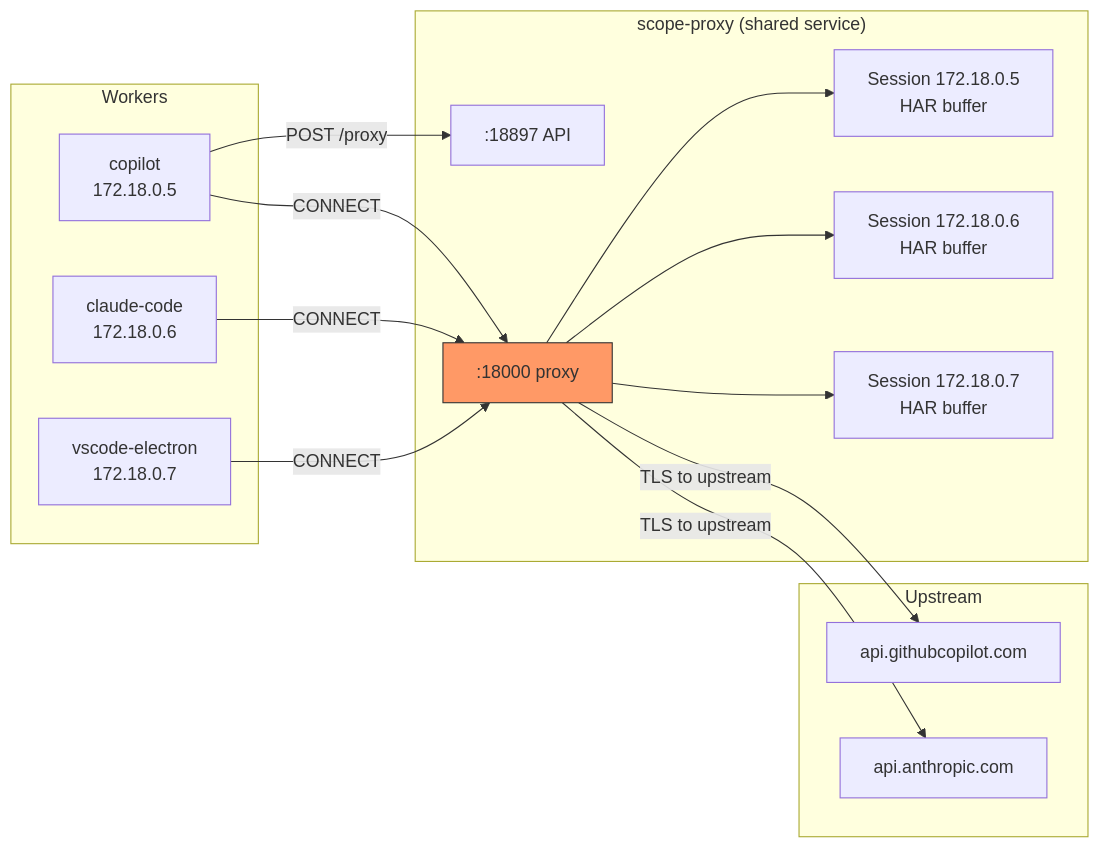
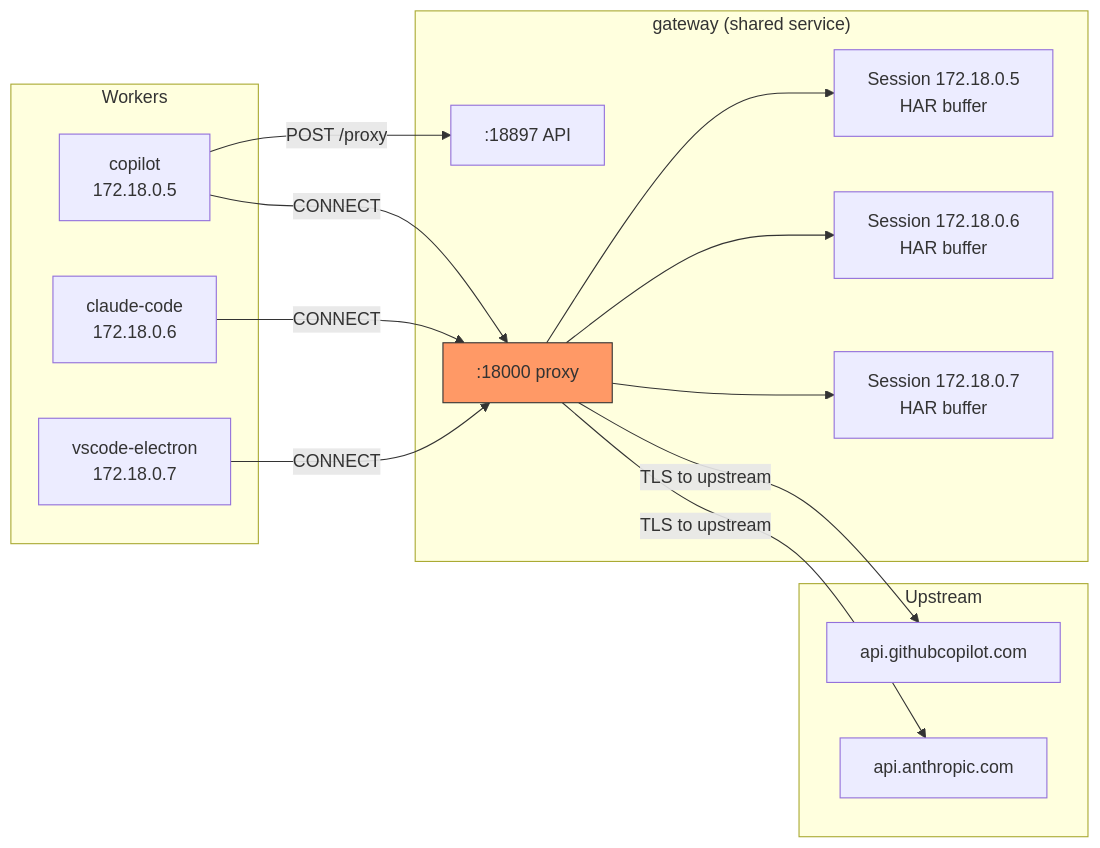
The first of 4 diagrams in docs/design/rust-tls-proxy.md (Gile987/scope), drawn with Mermaid before and after one commit. The commit also changed other lines of this file, not shown here.

Commit message:
docs: rename project from scope-proxy to gateway (apps/gateway/)

````diff
--- a/docs/design/rust-tls-proxy.md
+++ b/docs/design/rust-tls-proxy.md
@@ -44,31 +44,31 @@
 ```mermaid
 graph LR
     subgraph Workers
         W1[copilot<br/>172.18.0.5]
         W2[claude-code<br/>172.18.0.6]
         W3[vscode-electron<br/>172.18.0.7]
     end
 
-    subgraph "scope-proxy (shared service)"
+    subgraph "gateway (shared service)"
         API[:18897 API]
         PX[:18000 proxy]
         S1[Session 172.18.0.5<br/>HAR buffer]
         S2[Session 172.18.0.6<br/>HAR buffer]
         S3[Session 172.18.0.7<br/>HAR buffer]
     end
 
     subgraph Upstream
         GH[api.githubcopilot.com]
         AN[api.anthropic.com]
     end
 
     W1 -->|CONNECT| PX
     W2 -->|CONNECT| PX
     W3 -->|CONNECT| PX
     W1 -->|POST /proxy| API
     PX --> S1 & S2 & S3
     PX -->|TLS to upstream| GH
     PX -->|TLS to upstream| AN
 
     style PX fill:#f96,stroke:#333
 ```
````
